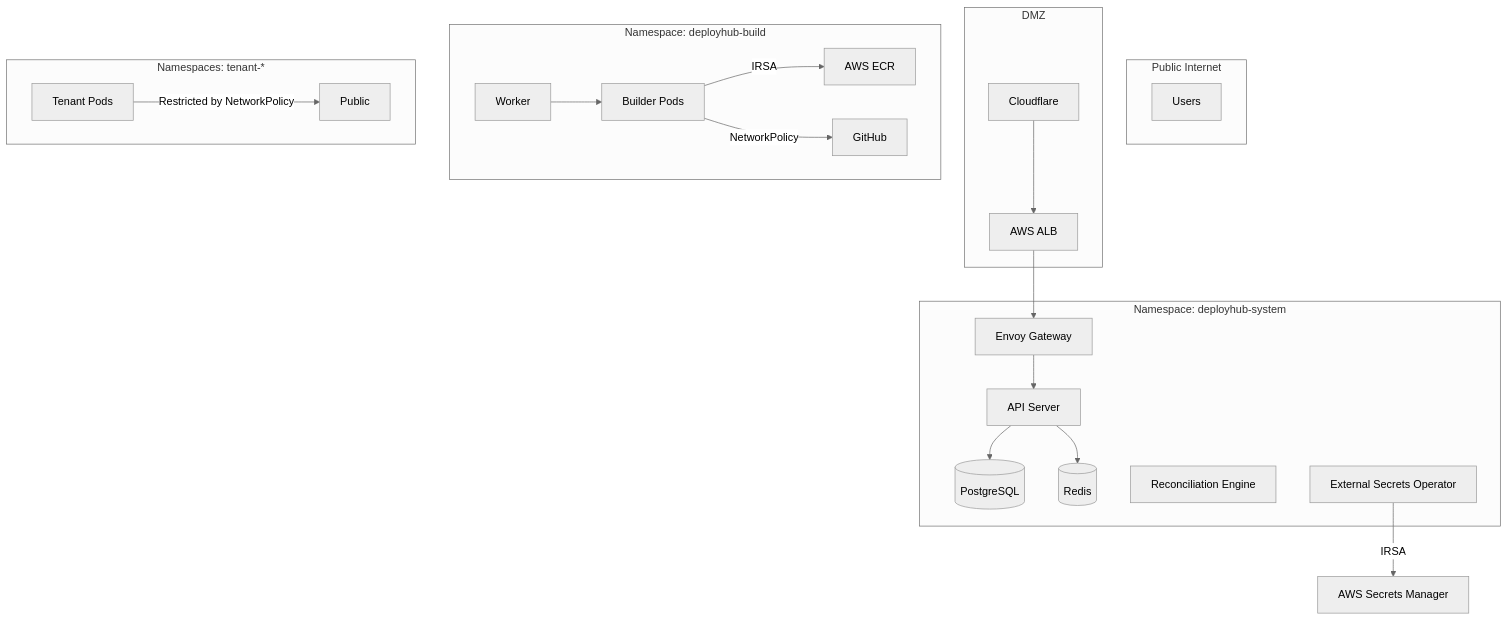
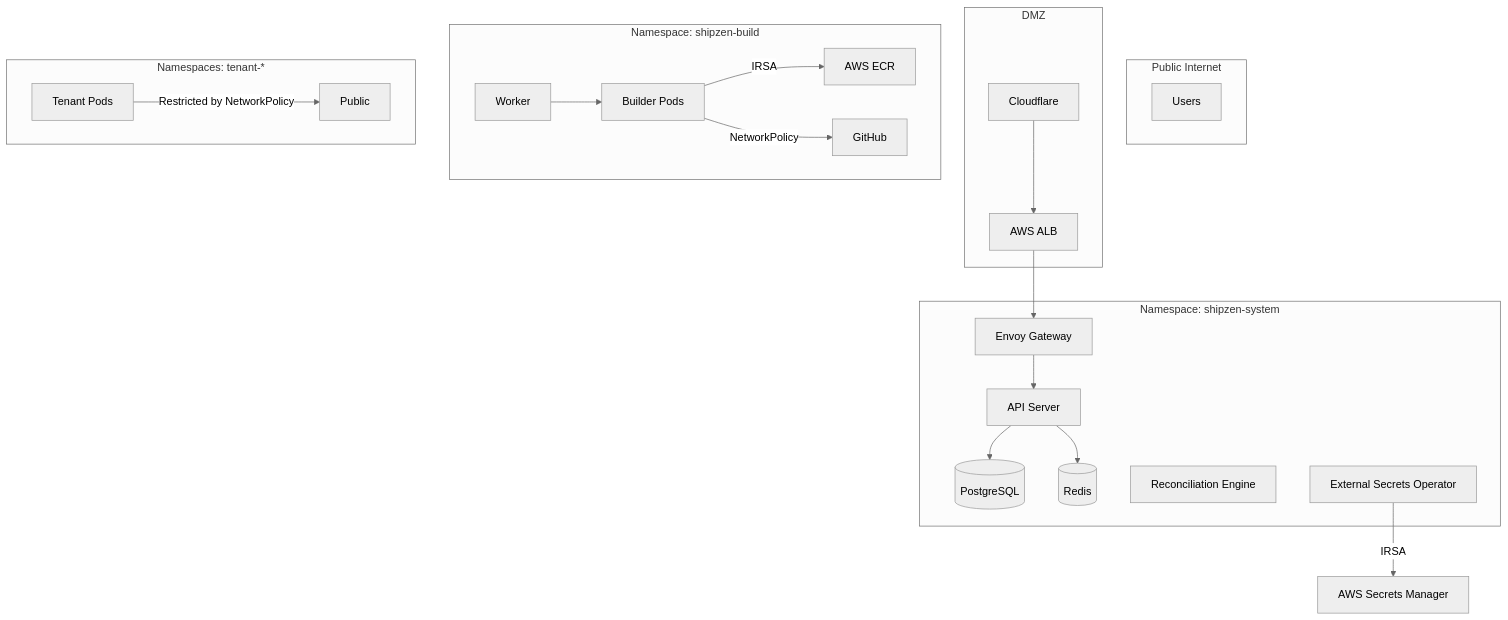
One commit to jeneeldumasia/DeployHub changed the diagram in docs/architecture/05-security-boundary-diagram.md. Above: the diagram before and after it, drawn with Mermaid (neutral theme). The commit also changed 87 other files, not shown here.

Commit message:
Rename DeployHub to ShipZen and revamp UI to Glassmorphism

````diff
--- a/docs/architecture/05-security-boundary-diagram.md
+++ b/docs/architecture/05-security-boundary-diagram.md
@@ -3,32 +3,32 @@
 ```mermaid
 graph TD
     subgraph Public Internet
         Users
     end
     
     subgraph DMZ
         Cloudflare --> AWS_ALB[AWS ALB]
     end
     
-    subgraph DeployHub Platform [Namespace: deployhub-system]
+    subgraph ShipZen Platform [Namespace: shipzen-system]
         AWS_ALB --> Envoy[Envoy Gateway]
         Envoy --> API[API Server]
         API --> Postgres[(PostgreSQL)]
         API --> Redis[(Redis)]
         Controller[Reconciliation Engine]
         ESO[External Secrets Operator]
     end
     
-    subgraph Builder Isolation [Namespace: deployhub-build]
+    subgraph Builder Isolation [Namespace: shipzen-build]
         Worker --> Builder[Builder Pods]
         Builder -- IRSA --> ECR[AWS ECR]
         Builder -- NetworkPolicy --> ExternalGit[GitHub]
     end
     
     subgraph Tenant Isolation [Namespaces: tenant-*]
         Pod1[Tenant Pods]
         Pod1 -- Restricted by NetworkPolicy --> Public
     end
     
     ESO -- IRSA --> SecretsManager[AWS Secrets Manager]
 ```
````
